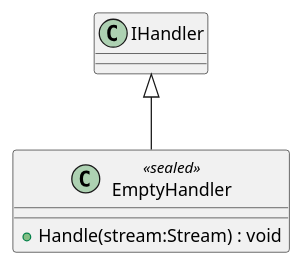
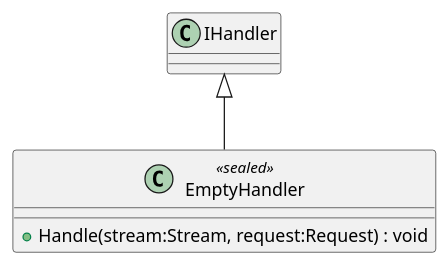
Before and after one commit to Fentan-kyc/MY_HTTP_SERVER: the diagram in PlantUml/MyHTTPServer/Handlers/EmptyHandler.puml, drawn with PlantUML. The commit also changed 10 other files, not shown here.

Commit message:
new diagram

```diff
--- a/PlantUml/MyHTTPServer/Handlers/EmptyHandler.puml
+++ b/PlantUml/MyHTTPServer/Handlers/EmptyHandler.puml
@@ -1,6 +1,6 @@
 @startuml
 class EmptyHandler <<sealed>> {
-    + Handle(stream:Stream) : void
+    + Handle(stream:Stream, request:Request) : void
 }
 IHandler <|-- EmptyHandler
 @enduml
```
